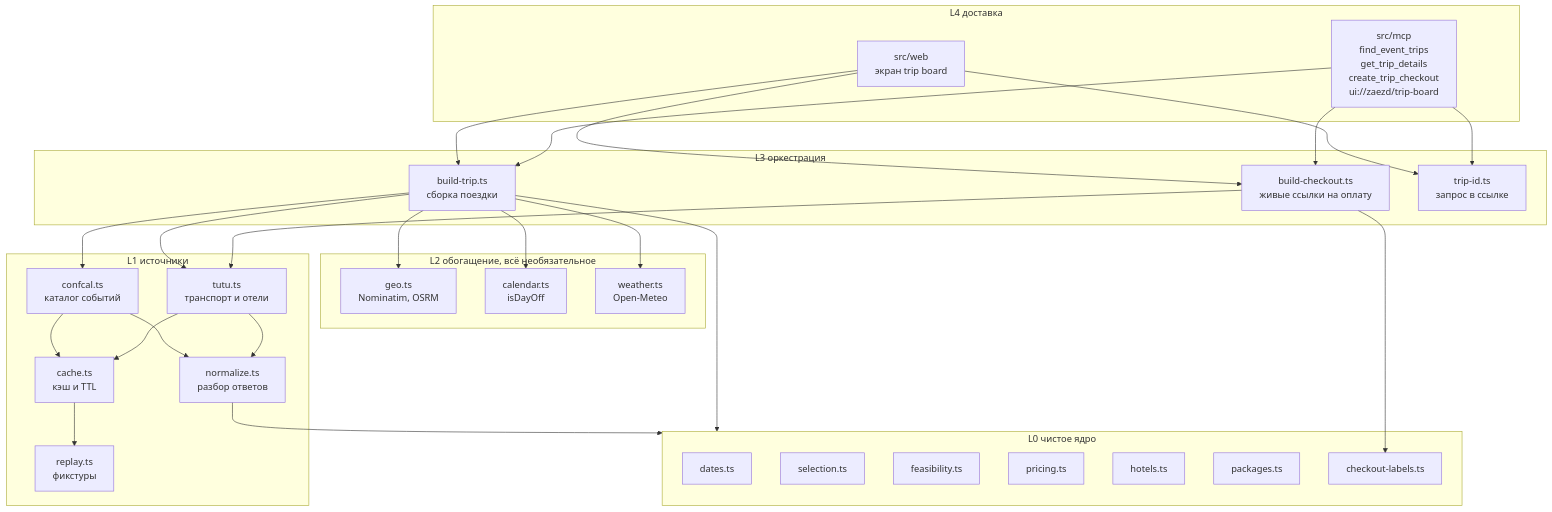
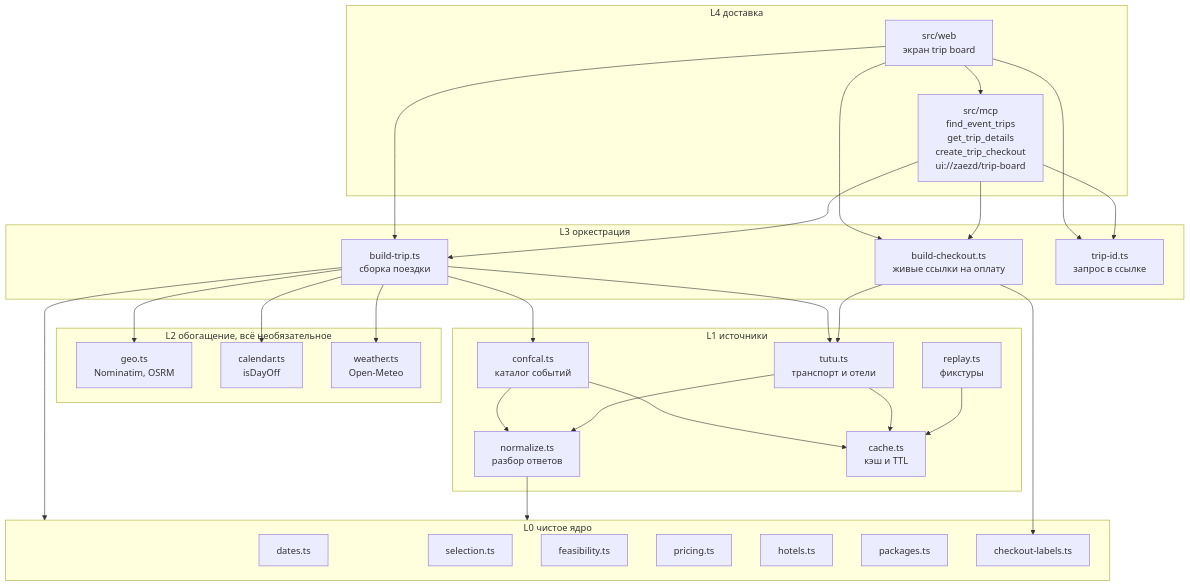
One commit to EvilFreelancer/zaezd changed the first of 3 diagrams in docs/architecture.md. Above: the diagram before and after it, drawn with Mermaid. The commit also changed 18 other files, not shown here.

````diff
--- a/docs/architecture.md
+++ b/docs/architecture.md
@@ -8,61 +8,62 @@
 ```mermaid
 flowchart TB
   subgraph delivery["L4 доставка"]
     web["src/web<br/>экран trip board"]
     mcp["src/mcp<br/>find_event_trips<br/>get_trip_details<br/>create_trip_checkout<br/>ui://zaezd/trip-board"]
   end
 
   subgraph orchestration["L3 оркестрация"]
     build["build-trip.ts<br/>сборка поездки"]
     checkout["build-checkout.ts<br/>живые ссылки на оплату"]
     tripid["trip-id.ts<br/>запрос в ссылке"]
   end
 
   subgraph enrich["L2 обогащение, всё необязательное"]
     geo["geo.ts<br/>Nominatim, OSRM"]
     cal["calendar.ts<br/>isDayOff"]
     weather["weather.ts<br/>Open-Meteo"]
   end
 
   subgraph sources["L1 источники"]
     confcal["confcal.ts<br/>каталог событий"]
     tutu["tutu.ts<br/>транспорт и отели"]
     normalize["normalize.ts<br/>разбор ответов"]
     cache["cache.ts<br/>кэш и TTL"]
     replay["replay.ts<br/>фикстуры"]
   end
 
   subgraph core["L0 чистое ядро"]
     dates["dates.ts"]
     selection["selection.ts"]
     feasibility["feasibility.ts"]
     pricing["pricing.ts"]
     hotels["hotels.ts"]
     packages["packages.ts"]
     labels["checkout-labels.ts"]
   end
 
   web --> build
   web --> checkout
   mcp --> build
   mcp --> checkout
   web --> tripid
+  web --> mcp
   mcp --> tripid
 
   build --> confcal
   build --> tutu
   build --> geo
   build --> cal
   build --> weather
   build --> core
   checkout --> tutu
   checkout --> labels
 
   confcal --> normalize
   tutu --> normalize
   confcal --> cache
   tutu --> cache
-  cache --> replay
+  replay --> cache
 
   normalize --> core
 ```
````
